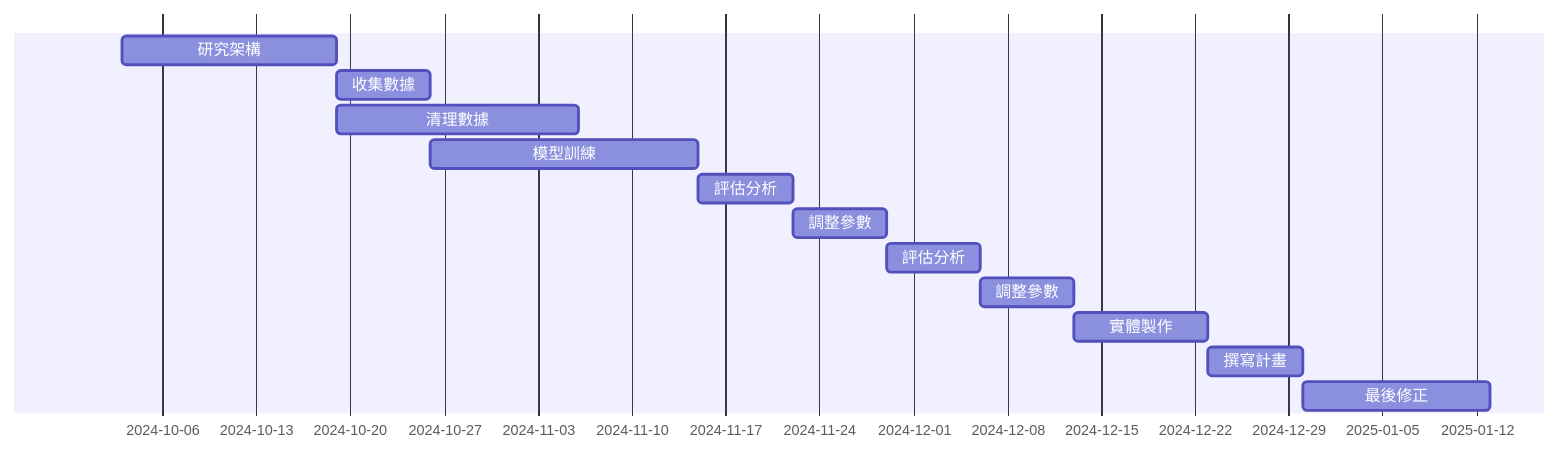
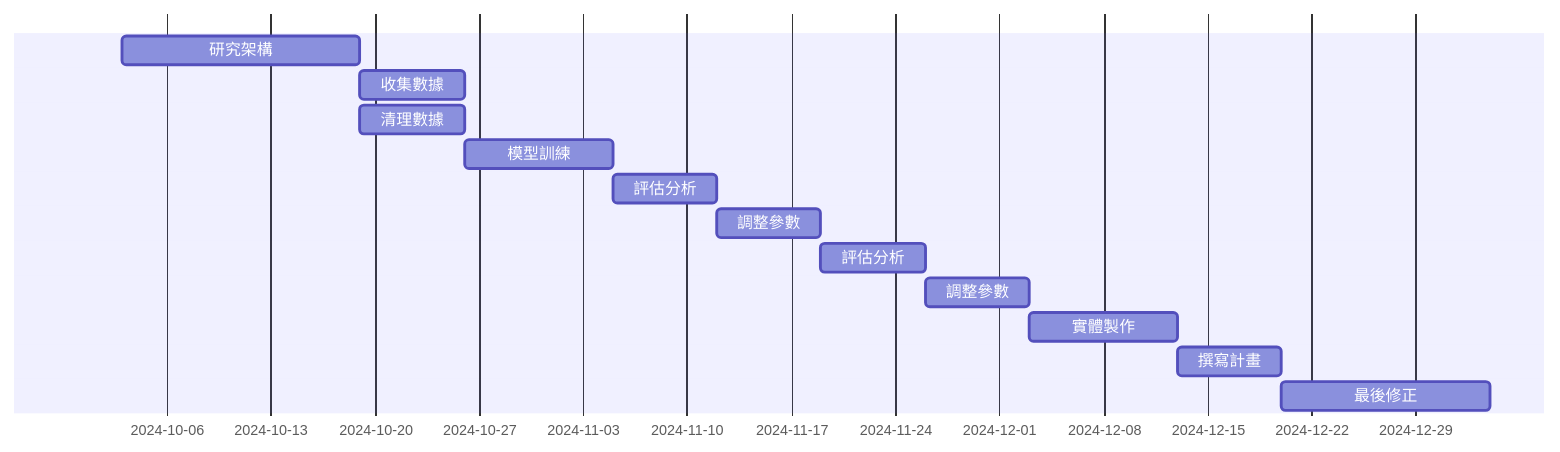
Before and after one commit to FashionSu/AI_traash: the diagram in hw2.md, drawn with Mermaid.

````diff
--- a/hw2.md
+++ b/hw2.md
@@ -5,17 +5,17 @@
 ```mermaid
 gantt
     dateFormat  YYYY-MM-DD
     axisFormat  %Y-%m-%d
 
     研究架構           :a1, 2024-10-03, 16d
     收集數據           :a2, after a1, 7d
-    清理數據           :a3, after a1, 18d
-    模型訓練           :a4, after a2, 20d
+    清理數據           :a3, after a1, 7d
+    模型訓練           :a4, after a2, 10d
     評估分析           :a5, after a4, 7d
     調整參數           :a6, after a5, 7d
     評估分析           :a7, after a6, 7d
     調整參數           :a8, after a7, 7d
     實體製作           :a9, after a8, 10d
     撰寫計畫           :a10, after a9, 7d
     最後修正           :a11, after a10, 14d
 ```
````
